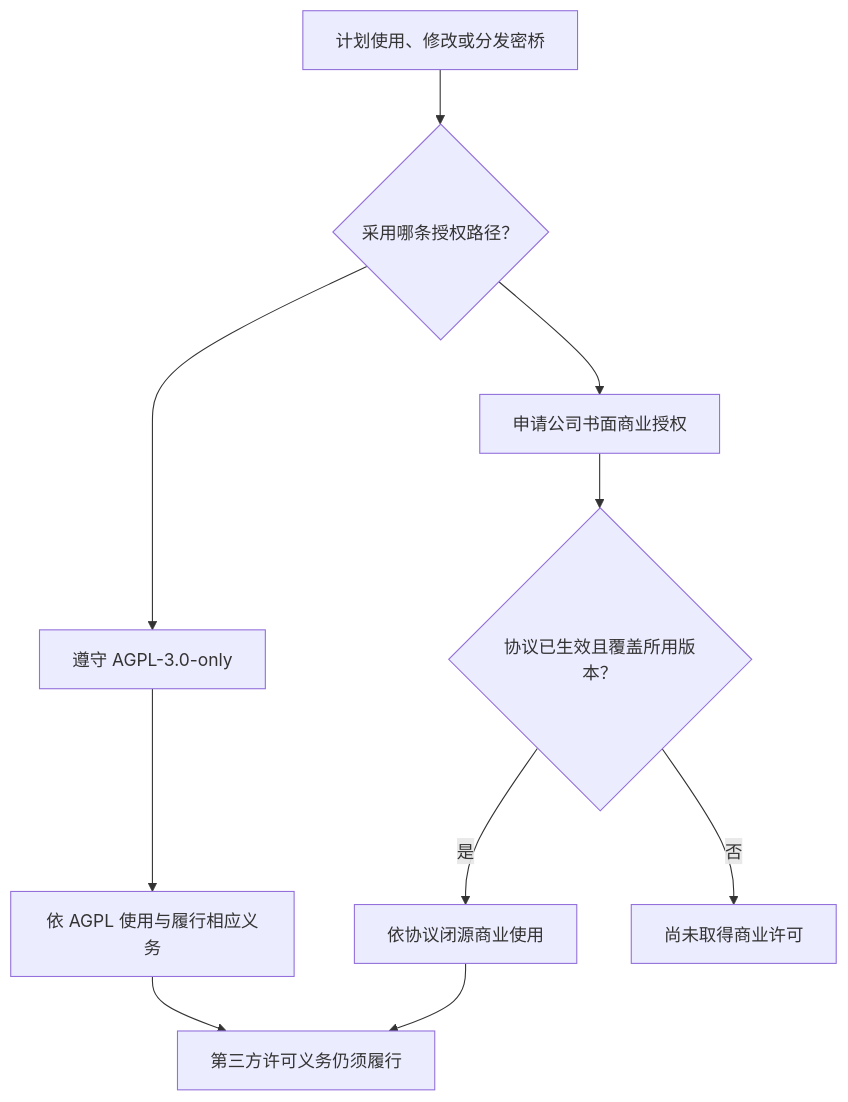
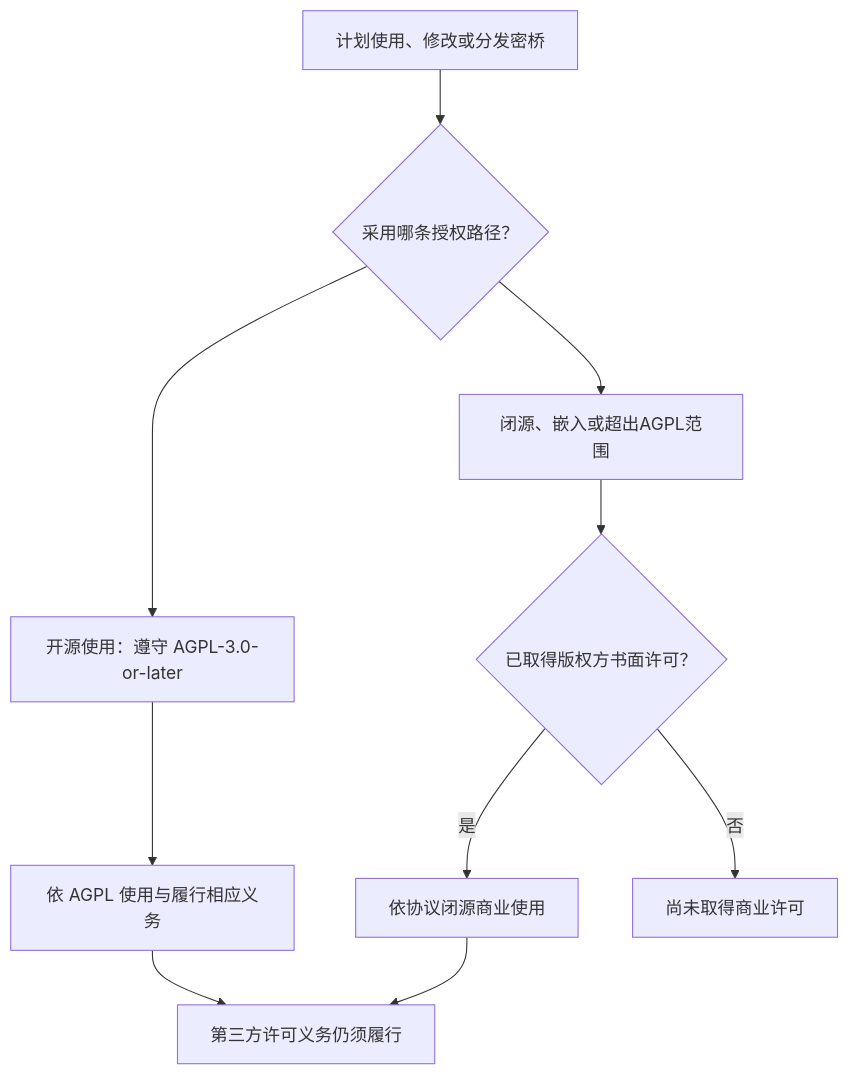
One commit to qq940500529/secretbridge changed the diagram in LICENSING.md. Above: the diagram before and after it, drawn with Mermaid. The commit also changed other lines of this file and 14 other files, not shown here.

Commit message:
docs: clarify AGPL or-later and commercial licensing (#2)

````diff
--- a/LICENSING.md
+++ b/LICENSING.md
@@ -11,12 +11,12 @@
 ```mermaid
 flowchart TB
     A["计划使用、修改或分发密桥"] --> B{"采用哪条授权路径？"}
-    B --> C["遵守 AGPL-3.0-only"]
-    B --> D["申请公司书面商业授权"]
+    B --> C["开源使用：遵守 AGPL-3.0-or-later"]
+    B --> D["闭源、嵌入或超出AGPL范围"]
     C --> E["依 AGPL 使用与履行相应义务"]
-    D --> F{"协议已生效且覆盖所用版本？"}
+    D --> F{"已取得版权方书面许可？"}
     F -->|"是"| G["依协议闭源商业使用"]
     F -->|"否"| H["尚未取得商业许可"]
     E --> I["第三方许可义务仍须履行"]
     G --> I
 ```
````
